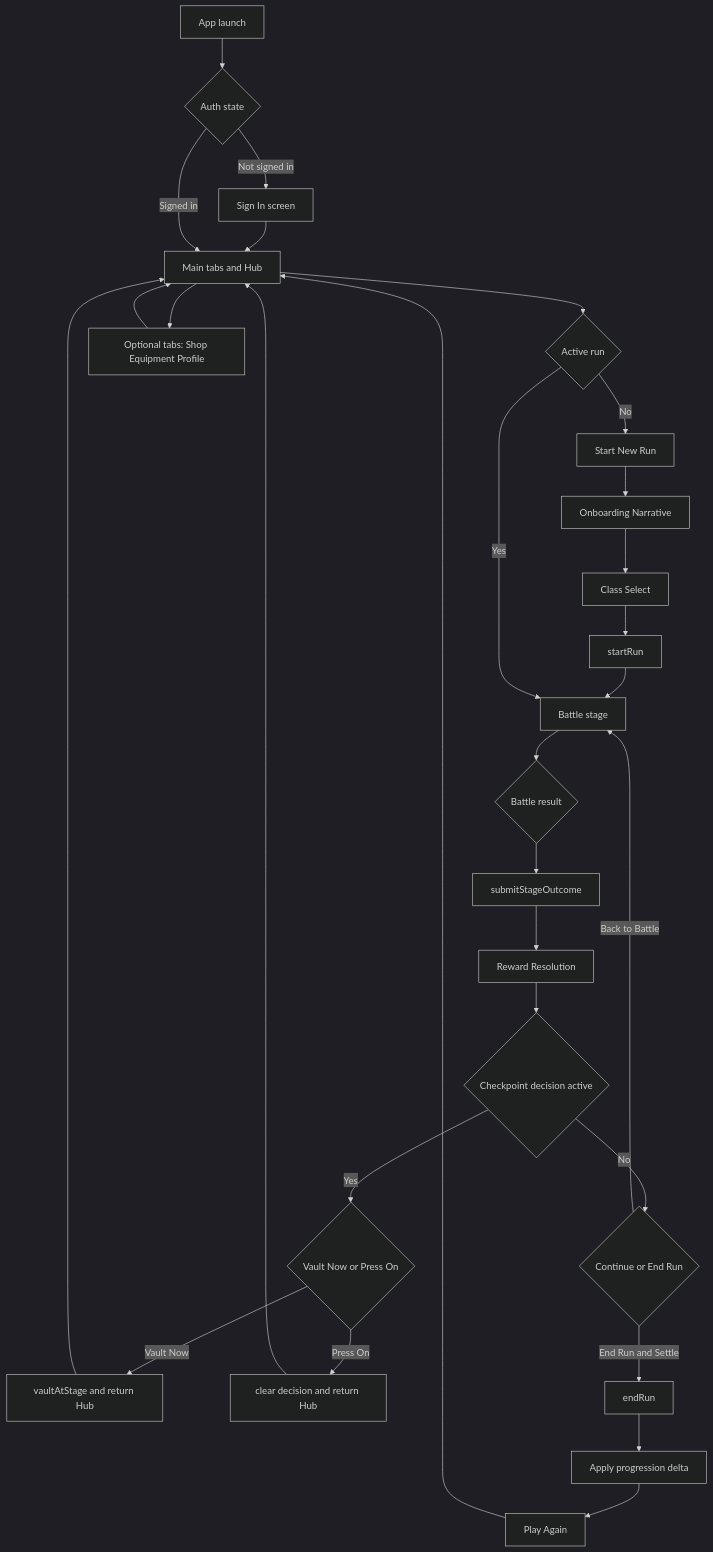
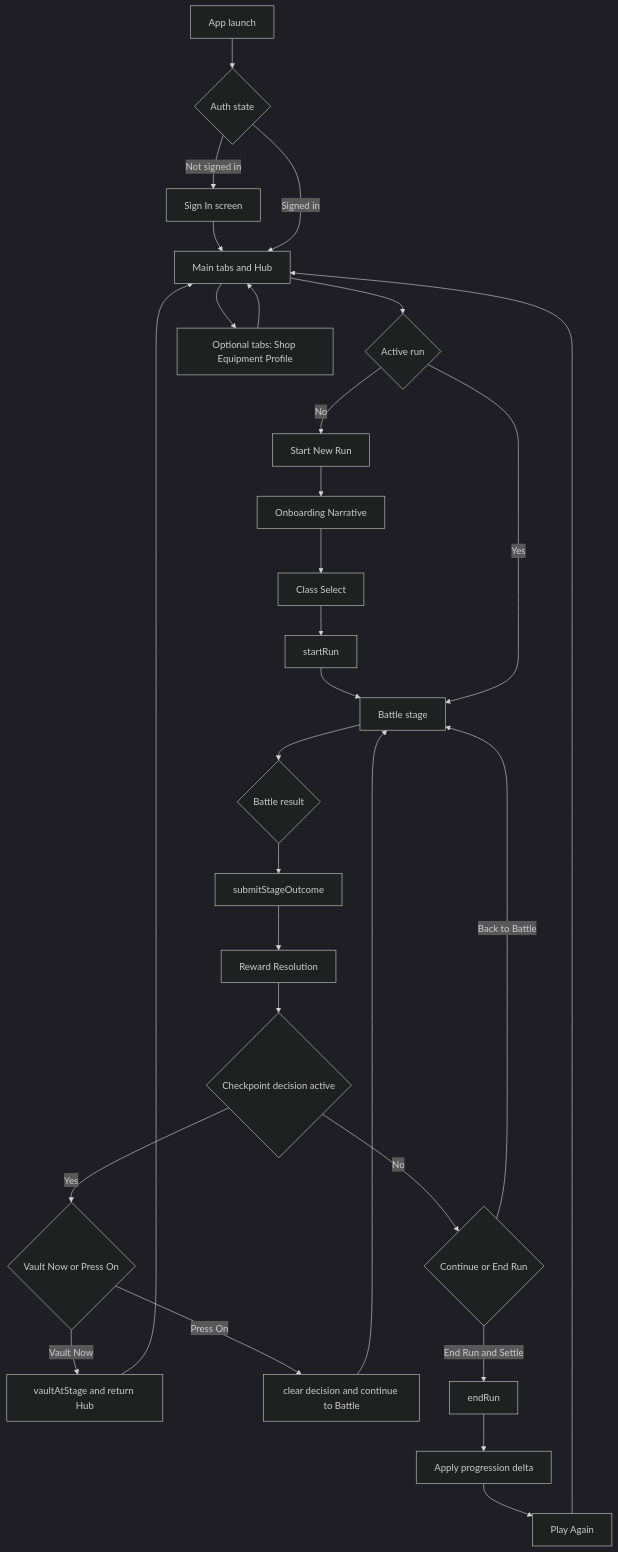
Before and after one commit to jiayi32/MyRPGGame: diagram 13 of 39 in documentation/New/GAMEPLAY_LOOP.md, drawn with Mermaid (dark theme). The commit also changed other lines of this file and 11 other files, not shown here.

````diff
--- a/documentation/New/GAMEPLAY_LOOP.md
+++ b/documentation/New/GAMEPLAY_LOOP.md
@@ -602,36 +602,36 @@
 ```mermaid
 flowchart TD
 	A[App launch] --> B{Auth state}
 	B -->|Not signed in| C[Sign In screen]
 	C --> D[Main tabs and Hub]
 	B -->|Signed in| D
 
 	D --> E{Active run}
 	E -->|No| F[Start New Run]
 	F --> G[Onboarding Narrative]
 	G --> H[Class Select]
 	H --> I[startRun]
 	I --> J[Battle stage]
 	E -->|Yes| J
 
 	J --> K{Battle result}
 	K --> L[submitStageOutcome]
 	L --> M[Reward Resolution]
 
 	M --> N{Checkpoint decision active}
 	N -->|Yes| O{Vault Now or Press On}
 	O -->|Vault Now| P[vaultAtStage and return Hub]
-	O -->|Press On| Q[clear decision and return Hub]
+	O -->|Press On| Q[clear decision and continue to Battle]
 	P --> D
-	Q --> D
+	Q --> J
 
 	N -->|No| R{Continue or End Run}
 	R -->|Back to Battle| J
 	R -->|End Run and Settle| S[endRun]
 	S --> T[Apply progression delta]
 	T --> U[Play Again]
 	U --> D
 
 	D --> V[Optional tabs: Shop Equipment Profile]
 	V --> D
 ```
````
